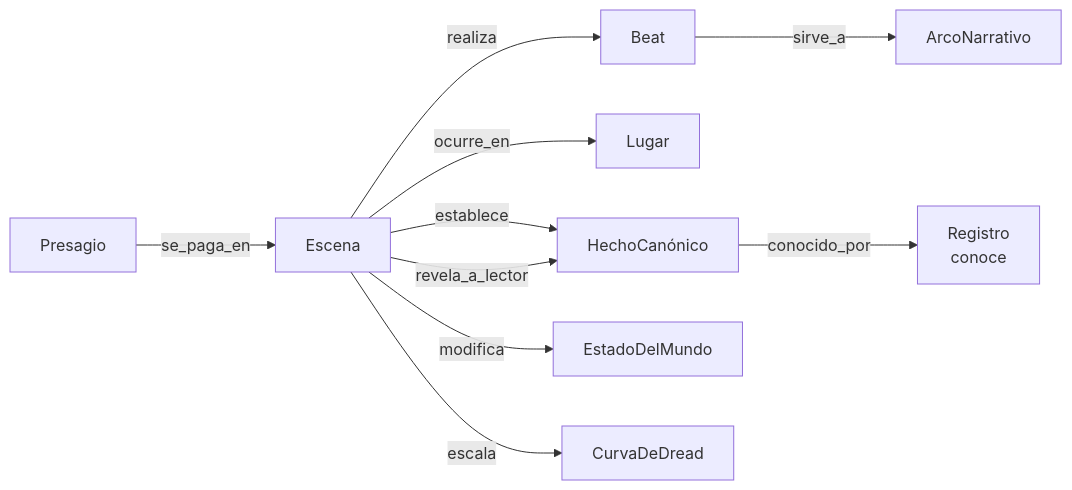
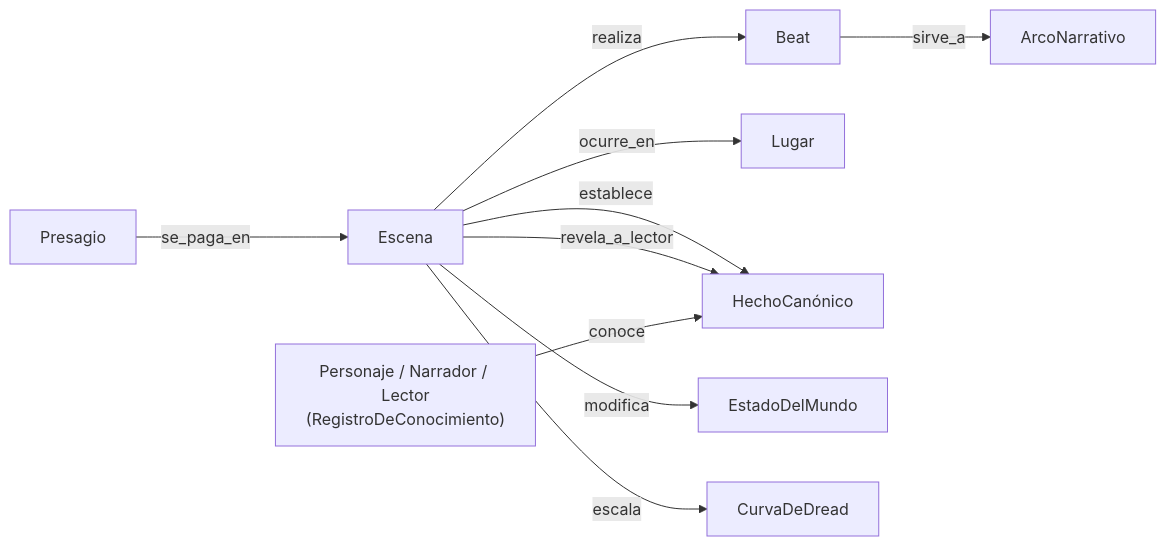
Before and after one commit to SantiagoEspinosa-ai/My_novel_story: the seventh of 9 diagrams in Docs/domain-knowledge.md, drawn with Mermaid. The commit also changed other lines of this file and 9 other files, not shown here.

````diff
--- a/Docs/domain-knowledge.md
+++ b/Docs/domain-knowledge.md
@@ -123,21 +123,21 @@
 ```mermaid
 flowchart LR
   ARC["ArcoNarrativo"]
   BEAT["Beat"]
   ESC["Escena"]
   LUG["Lugar"]
   HEC["HechoCanónico"]
-  CON["Registro<br/>conoce"]
+  CON["Personaje / Narrador / Lector<br/>(RegistroDeConocimiento)"]
   EST["EstadoDelMundo"]
   PRE["Presagio"]
   DRE["CurvaDeDread"]
   BEAT -->|sirve_a| ARC
   ESC -->|realiza| BEAT
   ESC -->|ocurre_en| LUG
   ESC -->|establece| HEC
   ESC -->|revela_a_lector| HEC
-  HEC -->|conocido_por| CON
+  CON -->|conoce| HEC
   ESC -->|modifica| EST
   PRE -->|se_paga_en| ESC
   ESC -->|escala| DRE
 ```
````
